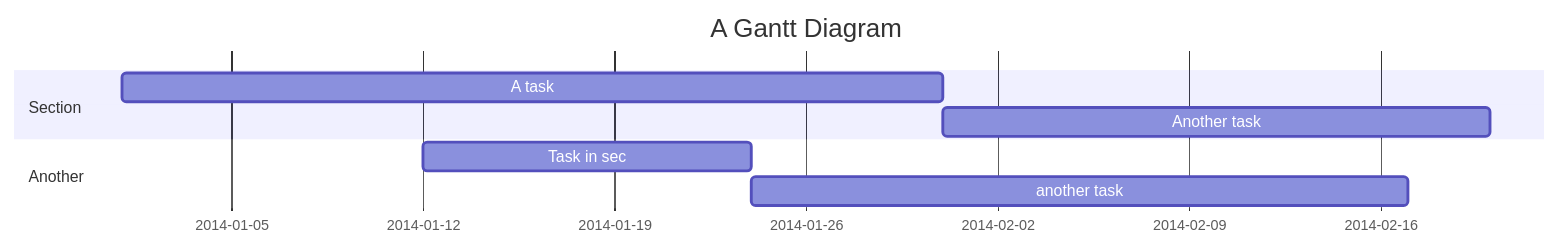
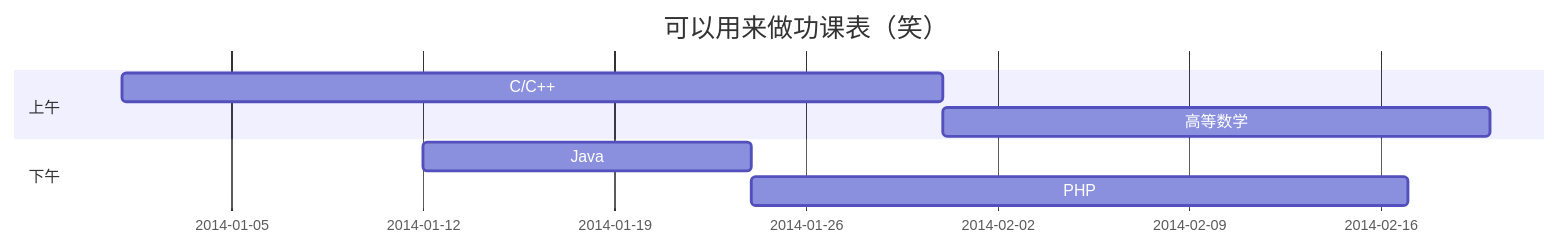
One commit to HelloWarden666/Markdown-Syntax-Demo changed the third of 6 diagrams in Markdown-Syntax-Demo-Chinese.md. Above: the diagram before and after it, drawn with Mermaid. The commit also changed other lines of this file, not shown here.

````diff
--- a/Markdown-Syntax-Demo-Chinese.md
+++ b/Markdown-Syntax-Demo-Chinese.md
@@ -197,11 +198,11 @@
    ```mermaid
    gantt
    dateFormat YYYY-MM-DD
-   title A Gantt Diagram
-   section Section
-   A task           :a1, 2014-01-01, 30d
-   Another task     :after a1 , 20d
-   section Another
-   Task in sec      :2014-01-12, 12d
-   another task      : 24d
+   title 可以用来做功课表（笑）
+   section 上午
+   C/C++           :a1, 2014-01-01, 30d
+   高等数学         :after a1 , 20d
+   section 下午
+   Java            :2014-01-12, 12d
+   PHP             : 24d
    ```
````
